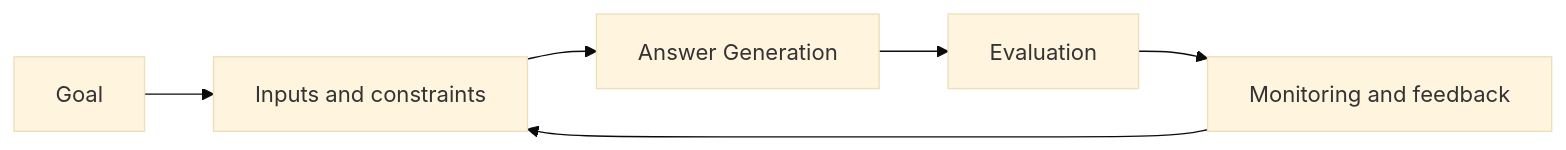
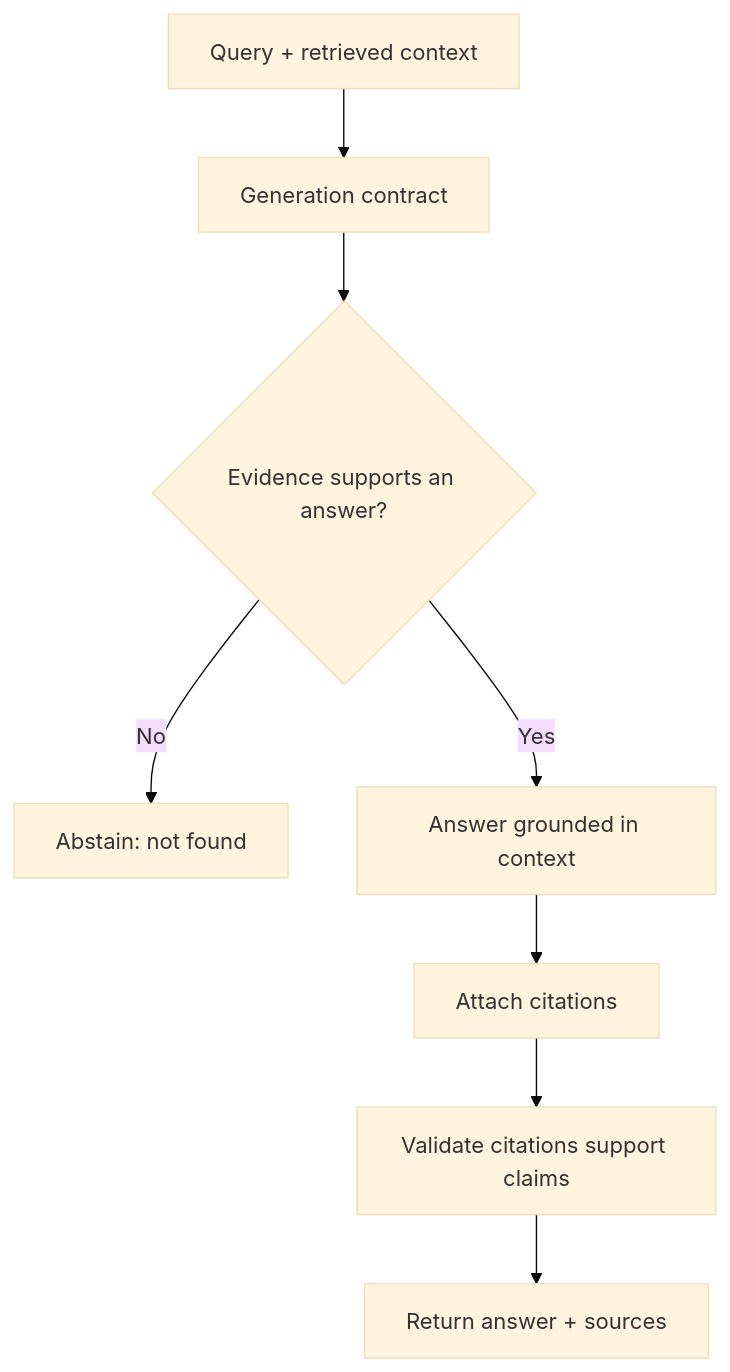
Before and after one commit to Icon1cc/Machine-Learning: the diagram in rag/10-answer-generation.md, drawn with Mermaid (base theme). The commit also changed other lines of this file and 118 other files, not shown here.

````diff
--- a/rag/10-answer-generation.md
+++ b/rag/10-answer-generation.md
@@ -93,8 +71,10 @@
 ```mermaid
-flowchart LR
-    A[Goal] --> B[Inputs and constraints]
-    B --> C[Answer Generation]
-    C --> D[Evaluation]
-    D --> E[Monitoring and feedback]
-    E --> B
+flowchart TD
+    A[Query + retrieved context] --> B[Generation contract]
+    B --> C{Evidence supports an answer?}
+    C -- No --> D[Abstain: not found]
+    C -- Yes --> E[Answer grounded in context]
+    E --> F[Attach citations]
+    F --> G[Validate citations support claims]
+    G --> H[Return answer + sources]
 ```
````
